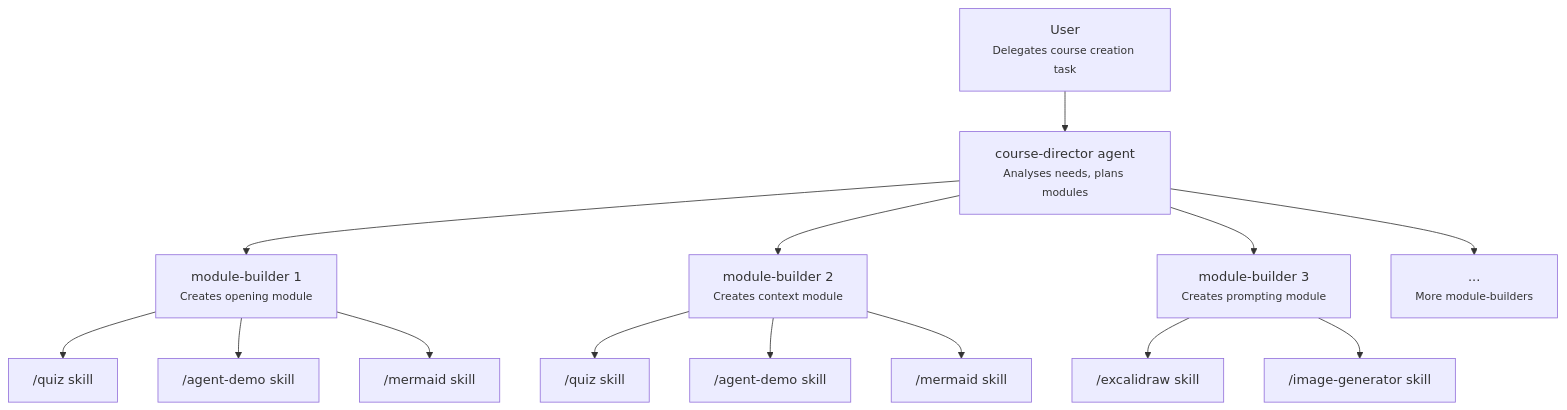
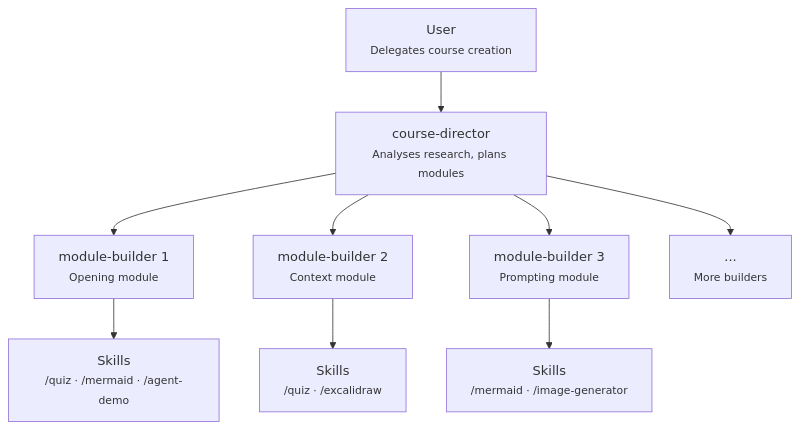
Before and after one commit to jpincas/coursedev: the diagram in content/module-advanced/images/meta-hierarchy.mmd, drawn with Mermaid. The commit also changed 58 other files, not shown here.

```diff
--- a/content/module-advanced/images/meta-hierarchy.mmd
+++ b/content/module-advanced/images/meta-hierarchy.mmd
@@ -1,36 +1,23 @@
 flowchart TD
-    User["User<br/><small>Delegates course creation task</small>"]
+    User["User<br/><small>Delegates course creation</small>"]
 
-    CourseDirector["course-director agent<br/><small>Analyses needs, plans modules</small>"]
+    CD["course-director<br/><small>Analyses research, plans modules</small>"]
 
-    MB1["module-builder 1<br/><small>Creates opening module</small>"]
-    MB2["module-builder 2<br/><small>Creates context module</small>"]
-    MB3["module-builder 3<br/><small>Creates prompting module</small>"]
-    More["...<br/><small>More module-builders</small>"]
+    MB1["module-builder 1<br/><small>Opening module</small>"]
+    MB2["module-builder 2<br/><small>Context module</small>"]
+    MB3["module-builder 3<br/><small>Prompting module</small>"]
+    More["...<br/><small>More builders</small>"]
 
-    Quiz1["/quiz skill"]
-    Agent1["/agent-demo skill"]
-    Mermaid1["/mermaid skill"]
-    Excalidraw1["/excalidraw skill"]
-    Image1["/image-generator skill"]
+    S1["Skills<br/><small>/quiz · /mermaid · /agent-demo</small>"]
+    S2["Skills<br/><small>/quiz · /excalidraw</small>"]
+    S3["Skills<br/><small>/mermaid · /image-generator</small>"]
 
-    Quiz2["/quiz skill"]
-    Agent2["/agent-demo skill"]
-    Mermaid2["/mermaid skill"]
+    User --> CD
+    CD --> MB1
+    CD --> MB2
+    CD --> MB3
+    CD --> More
 
-    User --> CourseDirector
-    CourseDirector --> MB1
-    CourseDirector --> MB2
-    CourseDirector --> MB3
-    CourseDirector --> More
-
-    MB1 --> Quiz1
-    MB1 --> Agent1
-    MB1 --> Mermaid1
-
-    MB2 --> Quiz2
-    MB2 --> Agent2
-    MB2 --> Mermaid2
-
-    MB3 --> Excalidraw1
-    MB3 --> Image1
+    MB1 --> S1
+    MB2 --> S2
+    MB3 --> S3
```
